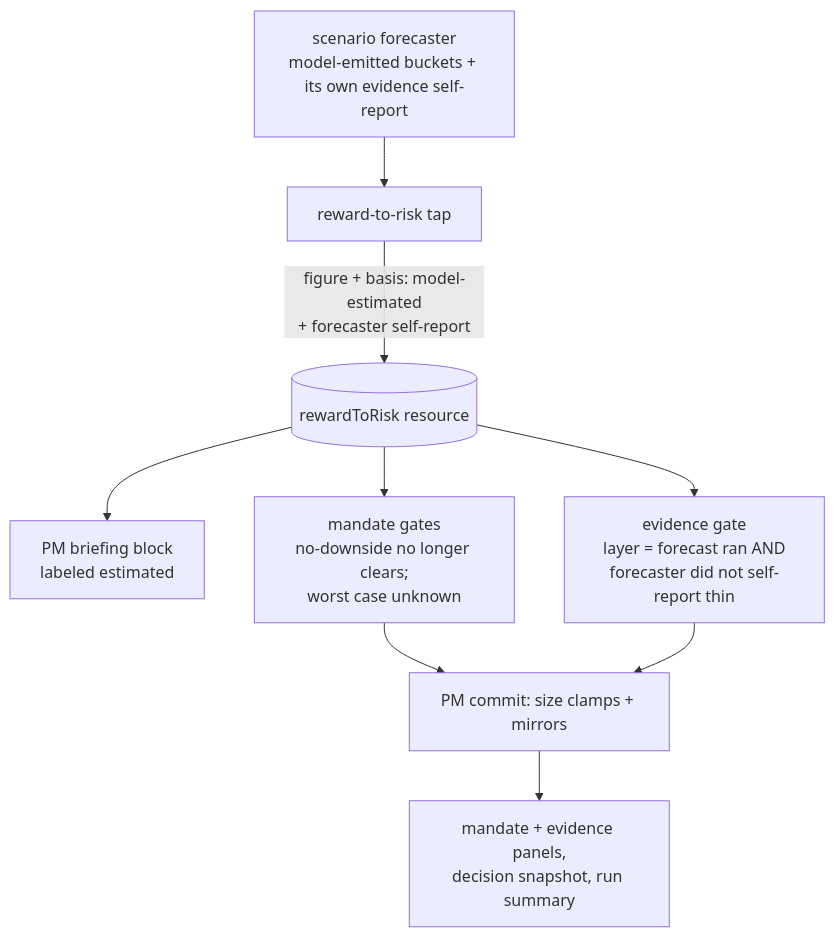
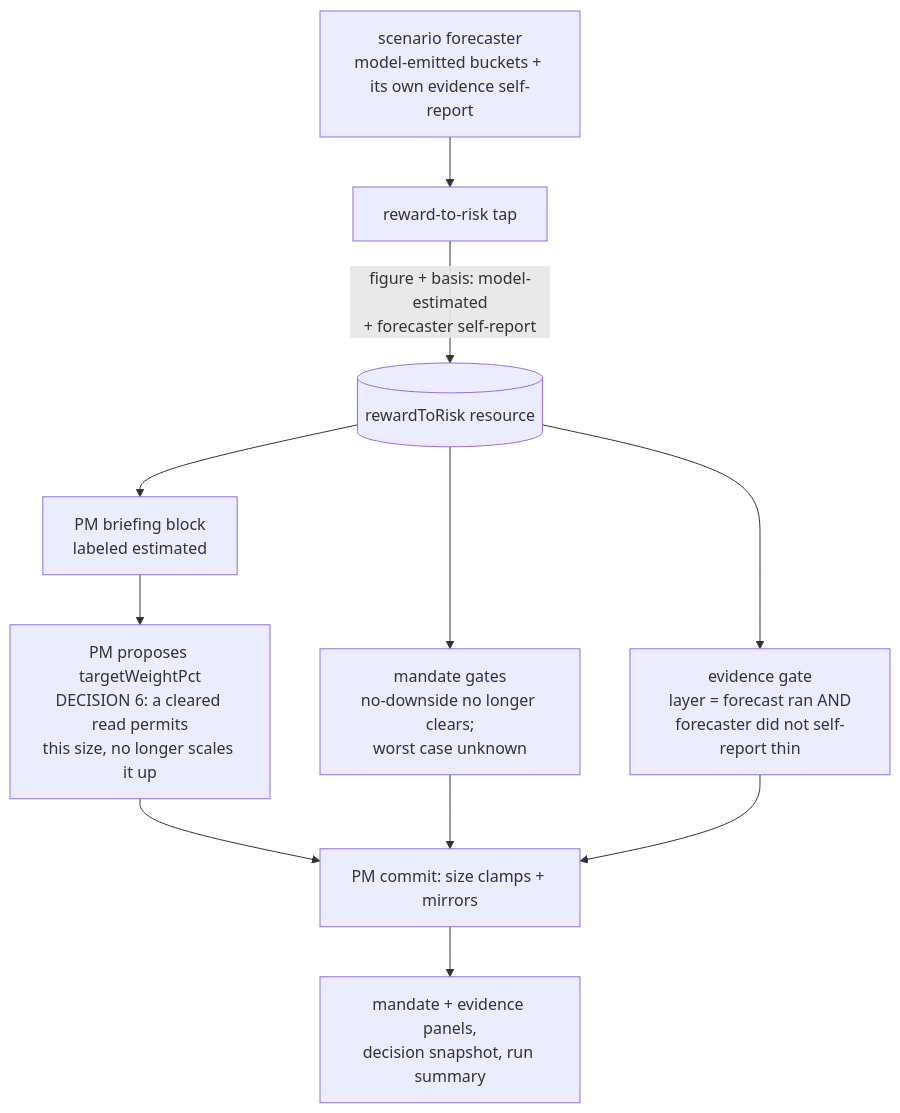
Before and after one commit to fixpoint-labs/flow-state-dev: the diagram in spec/FIX-1065.md, drawn with Mermaid. The commit also changed other lines of this file, not shown here.

````diff
--- a/spec/FIX-1065.md
+++ b/spec/FIX-1065.md
@@ -191,11 +279,13 @@
 ```mermaid
 flowchart TD
   F[scenario forecaster<br/>model-emitted buckets + its own evidence self-report] --> T[reward-to-risk tap]
   T -->|figure + basis: model-estimated<br/>+ forecaster self-report| R[(rewardToRisk resource)]
   R --> P[PM briefing block<br/>labeled estimated]
   R --> M[mandate gates<br/>no-downside no longer clears;<br/>worst case unknown]
   R --> E[evidence gate<br/>layer = forecast ran AND<br/>forecaster did not self-report thin]
-  M --> W[PM commit: size clamps + mirrors]
+  P --> N[PM proposes targetWeightPct<br/>DECISION 6: a cleared read permits<br/>this size, no longer scales it up]
+  N --> W[PM commit: size clamps + mirrors]
+  M --> W
   E --> W
   W --> U[mandate + evidence panels,<br/>decision snapshot, run summary]
 ```
````
